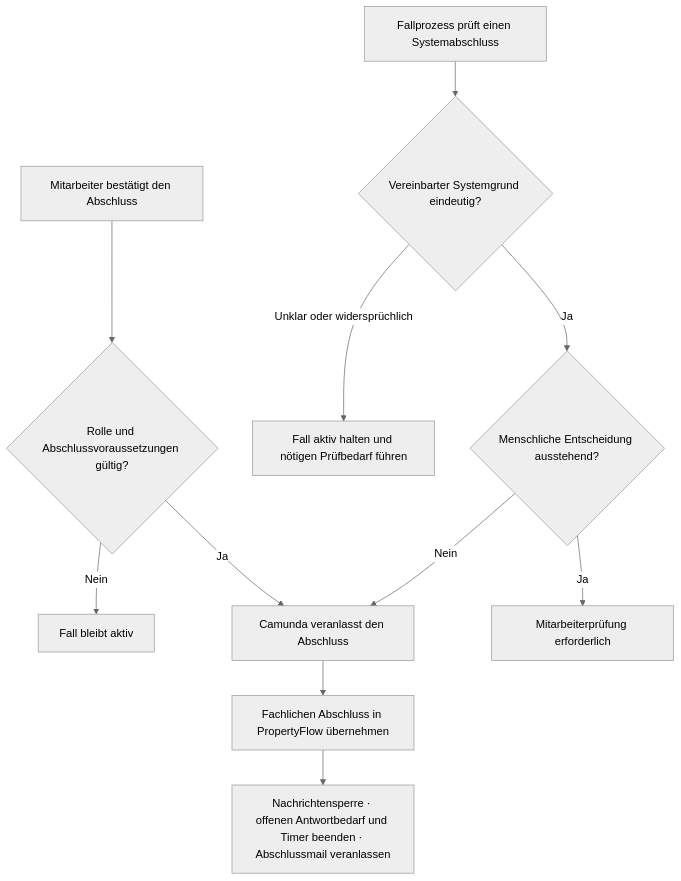
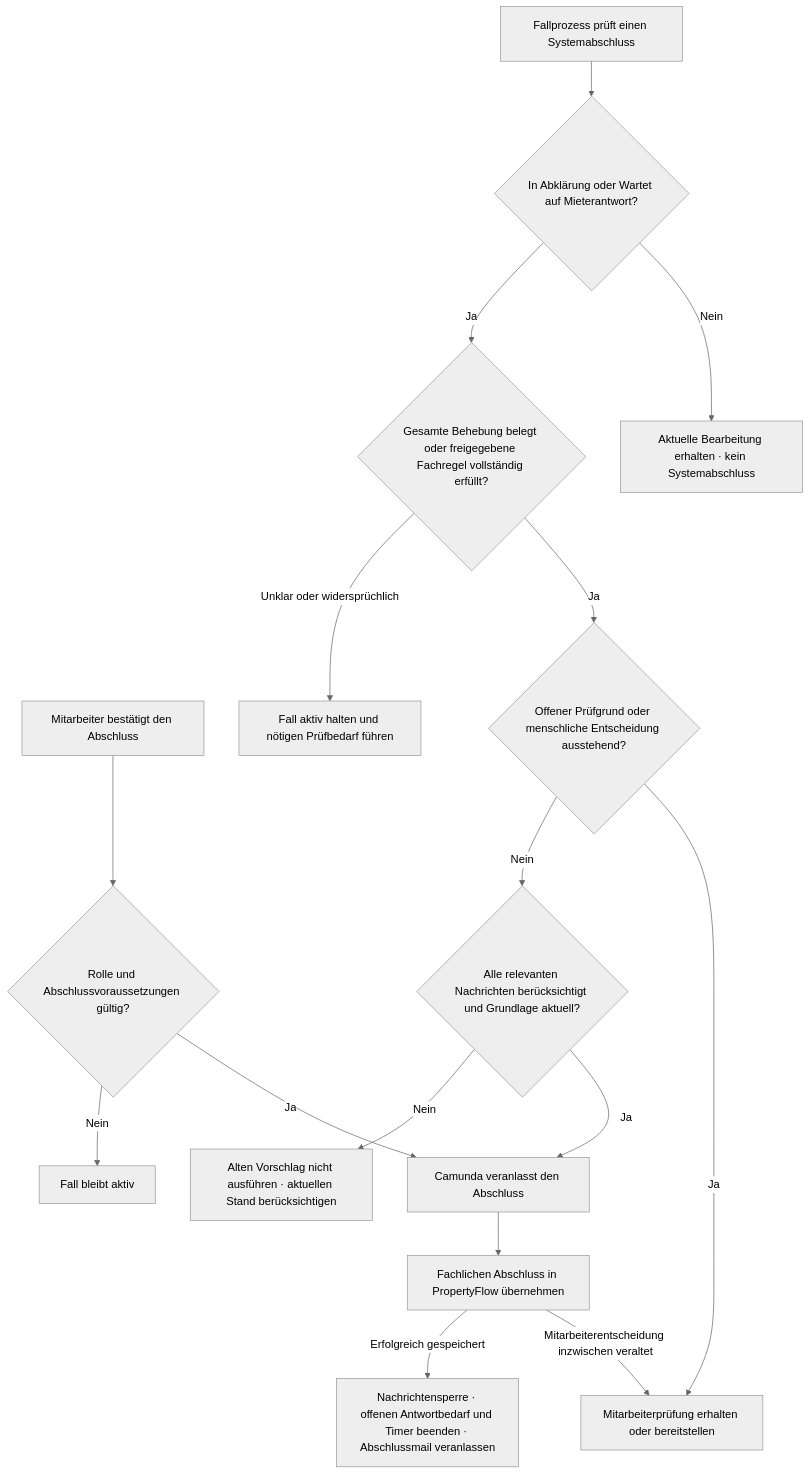
Before and after one commit to permarco/propertyflow: the second of 2 diagrams in docs/use_cases/UC-014-fall-abschliessen.md, drawn with Mermaid (neutral theme). The commit also changed other lines of this file and 121 other files, not shown here.

First line of the commit message:
feat: Persistente Gastfallanlage und Mitarbeiter-Login umsetzen

````diff
--- a/docs/use_cases/UC-014-fall-abschliessen.md
+++ b/docs/use_cases/UC-014-fall-abschliessen.md
@@ -51,15 +54,20 @@
 ```mermaid
 flowchart TD
     MANUELL["Mitarbeiter bestätigt den Abschluss"] --> PRUEFEN{"Rolle und Abschlussvoraussetzungen gültig?"}
     PRUEFEN -->|"Ja"| ABSCHLUSS["Camunda veranlasst den Abschluss"]
     PRUEFEN -->|"Nein"| ABLEHNEN["Fall bleibt aktiv"]
 
-    SYSTEM["Fallprozess prüft einen Systemabschluss"] --> GRUND{"Vereinbarter Systemgrund eindeutig?"}
-    GRUND -->|"Ja"| FREIGABE{"Menschliche Entscheidung ausstehend?"}
+    SYSTEM["Fallprozess prüft einen Systemabschluss"] --> STATUS{"In Abklärung oder Wartet auf Mieterantwort?"}
+    STATUS -->|"Nein"| AKTUELL["Aktuelle Bearbeitung erhalten · kein Systemabschluss"]
+    STATUS -->|"Ja"| GRUND{"Gesamte Behebung belegt oder freigegebene Fachregel vollständig erfüllt?"}
+    GRUND -->|"Ja"| FREIGABE{"Offener Prüfgrund oder menschliche Entscheidung ausstehend?"}
     GRUND -->|"Unklar oder widersprüchlich"| ABKLAEREN["Fall aktiv halten und nötigen Prüfbedarf führen"]
-    FREIGABE -->|"Ja"| MITARBEITER["Mitarbeiterprüfung erforderlich"]
-    FREIGABE -->|"Nein"| ABSCHLUSS
+    FREIGABE -->|"Ja"| MITARBEITER["Mitarbeiterprüfung erhalten oder bereitstellen"]
+    FREIGABE -->|"Nein"| DATEN{"Alle relevanten Nachrichten berücksichtigt und Grundlage aktuell?"}
+    DATEN -->|"Ja"| ABSCHLUSS
+    DATEN -->|"Nein"| NEU["Alten Vorschlag nicht ausführen · aktuellen Stand berücksichtigen"]
 
     ABSCHLUSS --> SPEICHERN["Fachlichen Abschluss in PropertyFlow übernehmen"]
-    SPEICHERN --> ABGESCHLOSSEN["Nachrichtensperre · offenen Antwortbedarf und Timer beenden · Abschlussmail veranlassen"]
+    SPEICHERN -->|"Mitarbeiterentscheidung inzwischen veraltet"| MITARBEITER
+    SPEICHERN -->|"Erfolgreich gespeichert"| ABGESCHLOSSEN["Nachrichtensperre · offenen Antwortbedarf und Timer beenden · Abschlussmail veranlassen"]
 ```
````
